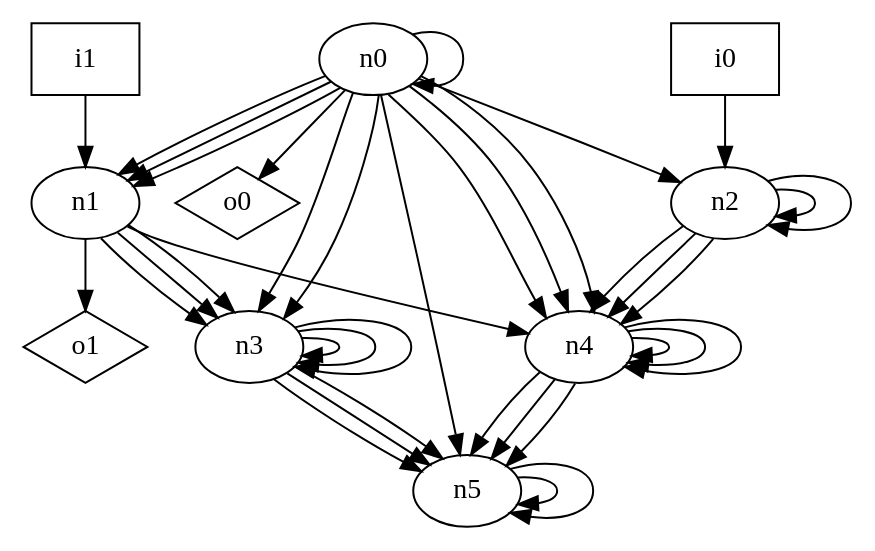
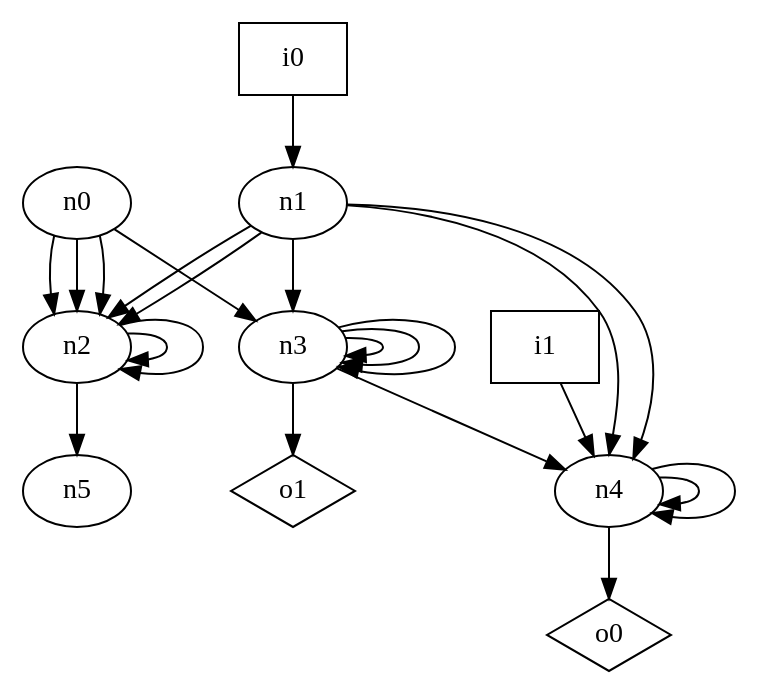
Before and after one commit to p9romain/bool-circuits: the diagram in dot_files/random/random_DAG_graph.dot, drawn with Graphviz. The commit also changed 25 other files, not shown here.

Commit message:
Finish (except random graph)

```diff
--- a/dot_files/random/random_DAG_graph.dot
+++ b/dot_files/random/random_DAG_graph.dot
@@ -1,50 +1,34 @@
 digraph G {
 n0 [label="n0"];
 n1 [label="n1"];
 n2 [label="n2"];
 n3 [label="n3"];
 n4 [label="n4"];
 n5 [label="n5"];
 n6 [label="i0",shape="box"];
 n7 [label="i1",shape="box"];
 n8 [label="o0",shape="diamond"];
 n9 [label="o1",shape="diamond"];
-n0 -> n0
-n0 -> n1
-n0 -> n1
-n0 -> n1
+n0 -> n2
+n0 -> n2
 n0 -> n2
 n0 -> n3
-n0 -> n3
-n0 -> n4
-n0 -> n4
-n0 -> n4
-n0 -> n5
-n0 -> n8
-n1 -> n3
-n1 -> n3
+n1 -> n2
+n1 -> n2
 n1 -> n3
 n1 -> n4
-n1 -> n9
+n1 -> n4
 n2 -> n2
 n2 -> n2
-n2 -> n4
-n2 -> n4
-n2 -> n4
+n2 -> n5
 n3 -> n3
 n3 -> n3
 n3 -> n3
-n3 -> n5
-n3 -> n5
-n3 -> n5
+n3 -> n4
+n3 -> n9
 n4 -> n4
 n4 -> n4
-n4 -> n4
-n4 -> n5
-n4 -> n5
-n4 -> n5
-n5 -> n5
-n5 -> n5
-n6 -> n2
-n7 -> n1
+n4 -> n8
+n6 -> n1
+n7 -> n4
 }
```
